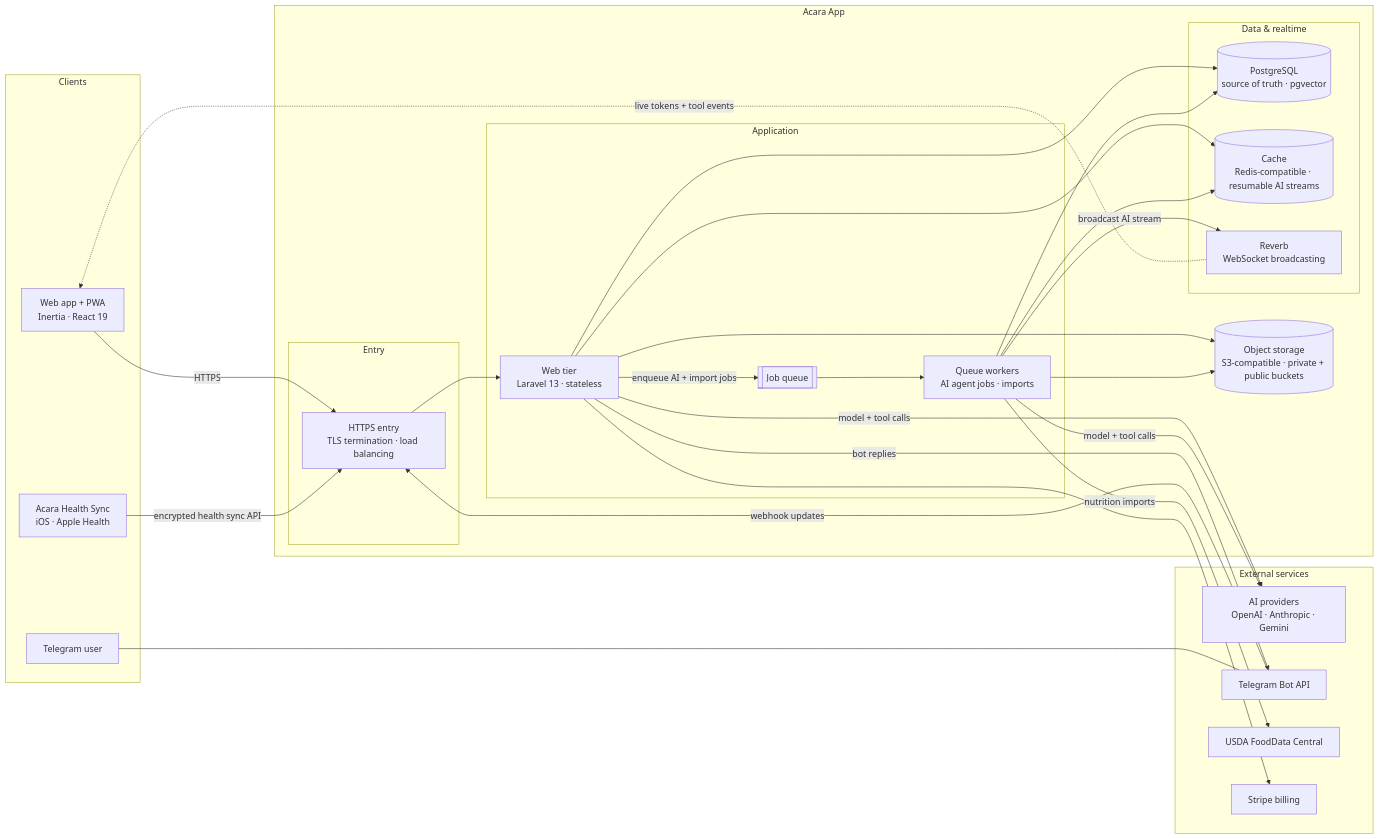
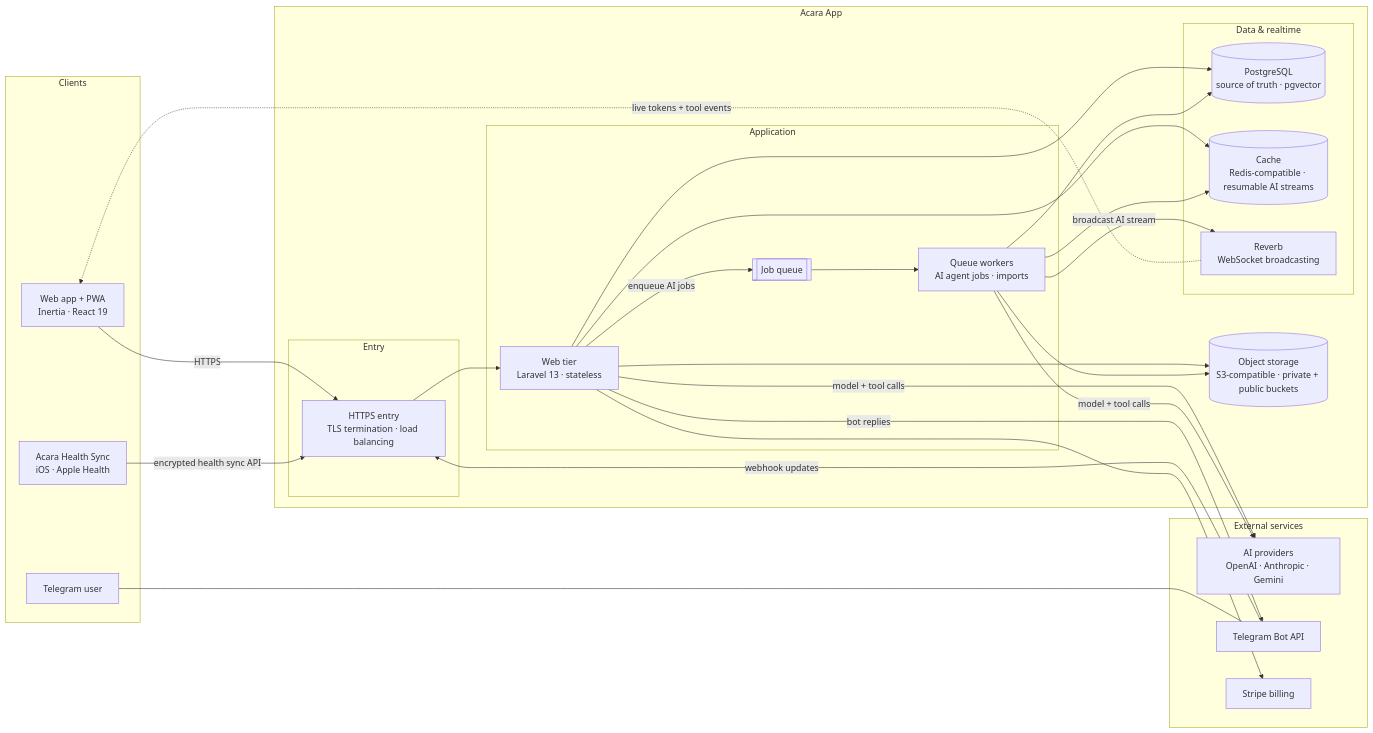
The diagram in README.md (acara-app/plate), drawn with Mermaid before and after one commit. The commit also changed other lines of this file and 44 other files, not shown here.

First line of the commit message:
refactor(nutrition): remove the food reference lookup (#401)

````diff
--- a/README.md
+++ b/README.md
@@ -84,51 +84,49 @@
 ```mermaid
 flowchart LR
     subgraph clients["Clients"]
         web["Web app + PWA<br/>Inertia · React 19"]
         ios["Acara Health Sync<br/>iOS · Apple Health"]
         tguser["Telegram user"]
     end
 
     subgraph plate["Acara App"]
         subgraph entry["Entry"]
             https["HTTPS entry<br/>TLS termination · load balancing"]
         end
         subgraph application["Application"]
             app["Web tier<br/>Laravel 13 · stateless"]
             q[["Job queue"]]
             workers["Queue workers<br/>AI agent jobs · imports"]
         end
         subgraph state["Data & realtime"]
             db[("PostgreSQL<br/>source of truth · pgvector")]
             cache[("Cache<br/>Redis-compatible · resumable AI streams")]
             ws["Reverb<br/>WebSocket broadcasting"]
         end
         s3[("Object storage<br/>S3-compatible · private + public buckets")]
     end
 
     subgraph ext["External services"]
         ai["AI providers<br/>OpenAI · Anthropic · Gemini"]
         tgapi["Telegram Bot API"]
-        usda["USDA FoodData Central"]
         stripe["Stripe billing"]
     end
 
     web -->|"HTTPS"| https
     ios -->|"encrypted health sync API"| https
     tguser --- tgapi
     tgapi -->|"webhook updates"| https
     https --> app
-    app -->|"enqueue AI + import jobs"| q
+    app -->|"enqueue AI jobs"| q
     q --> workers
     app --> db
     workers --> db
     app --> cache
     workers --> cache
     workers -->|"broadcast AI stream"| ws
     ws -.->|"live tokens + tool events"| web
     app & workers --> s3
     app & workers -->|"model + tool calls"| ai
     app -->|"bot replies"| tgapi
-    workers -->|"nutrition imports"| usda
     app --> stripe
 ```
````
